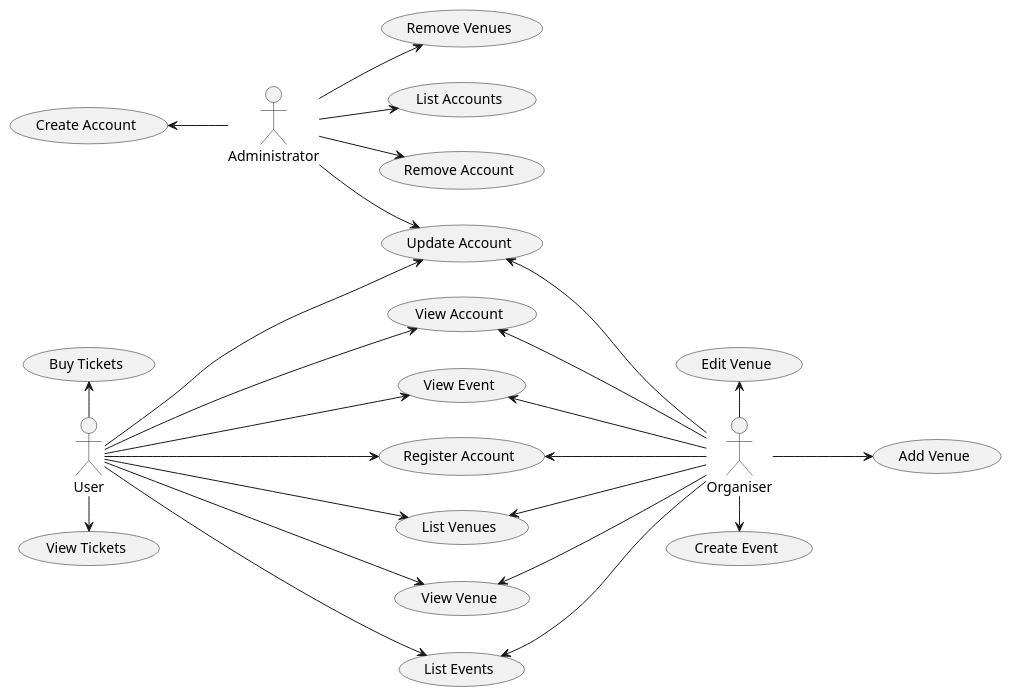
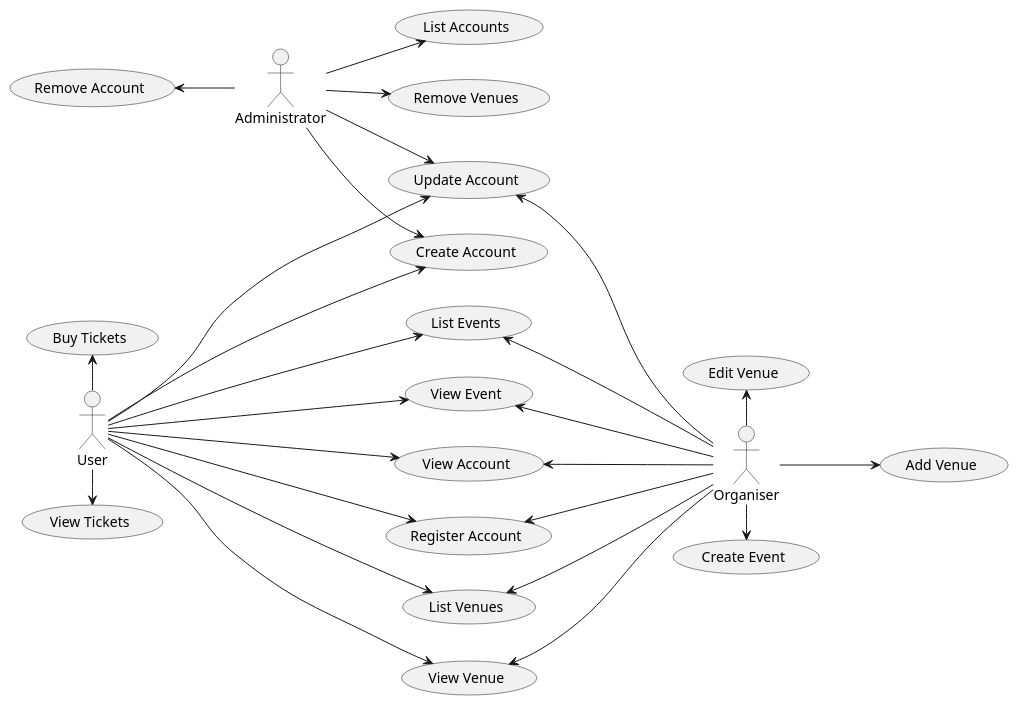
One commit to MolimoWang/EventManagementSystem changed the diagram in 01-requirements/image/useCase.plantuml. Above: the diagram before and after it, drawn with PlantUML. The commit also changed 1 other file, not shown here.

Commit message:
change user ability of creating account

```diff
--- a/01-requirements/image/useCase.plantuml
+++ b/01-requirements/image/useCase.plantuml
@@ -1,33 +1,34 @@
 @startuml
 left to right direction
 
-:Administrator: -up->(Create Account)
+:Administrator: -up->(Remove Account)
 :Administrator: -->(Update Account)
 :Administrator: -->(List Accounts)
-:Administrator: -->(Remove Account)
+:Administrator: -->(Create Account)
 :Administrator: -->(Remove Venues)
 
+:User:--->(Create Account)
 :User:--->(Update Account)
 :User:--->(View Account)
 :User:--->(Register Account)
 :User:--->(List Venues)
 :User:--->(View Venue)
 :User:--->(List Events)
 :User:--->(View Event)
 :User:--left-->(Buy Tickets)
 :User:--right-->(View Tickets)
 
 :Organiser:
 
 (Add Venue) <-up- :Organiser:
 (Edit Venue) <- :Organiser:
 (Create Event) <-left-:Organiser:
 (View Event) <--- :Organiser:
 (List Events) <--- :Organiser:
 (List Venues) <--- :Organiser:
 (Register Account) <--- :Organiser:
 (View Account) <--- :Organiser:
 (View Venue) <--- :Organiser:
 (Update Account) <--- :Organiser:
 
 @enduml
```
